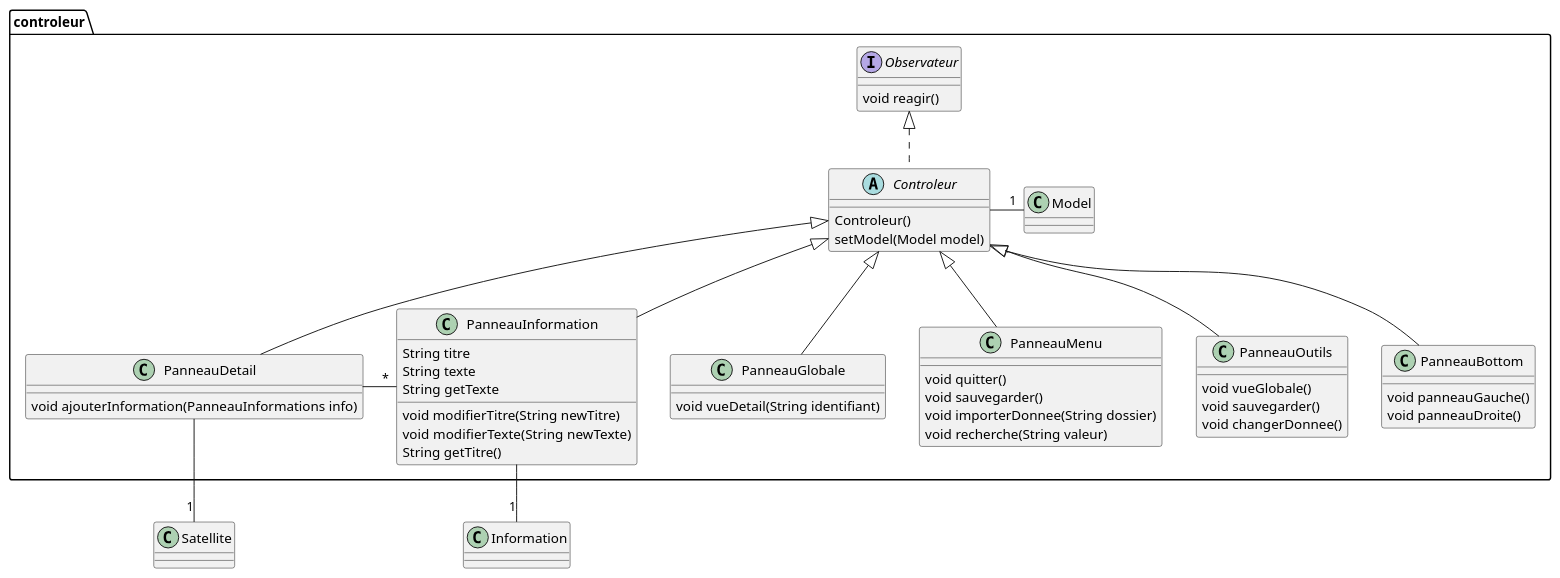
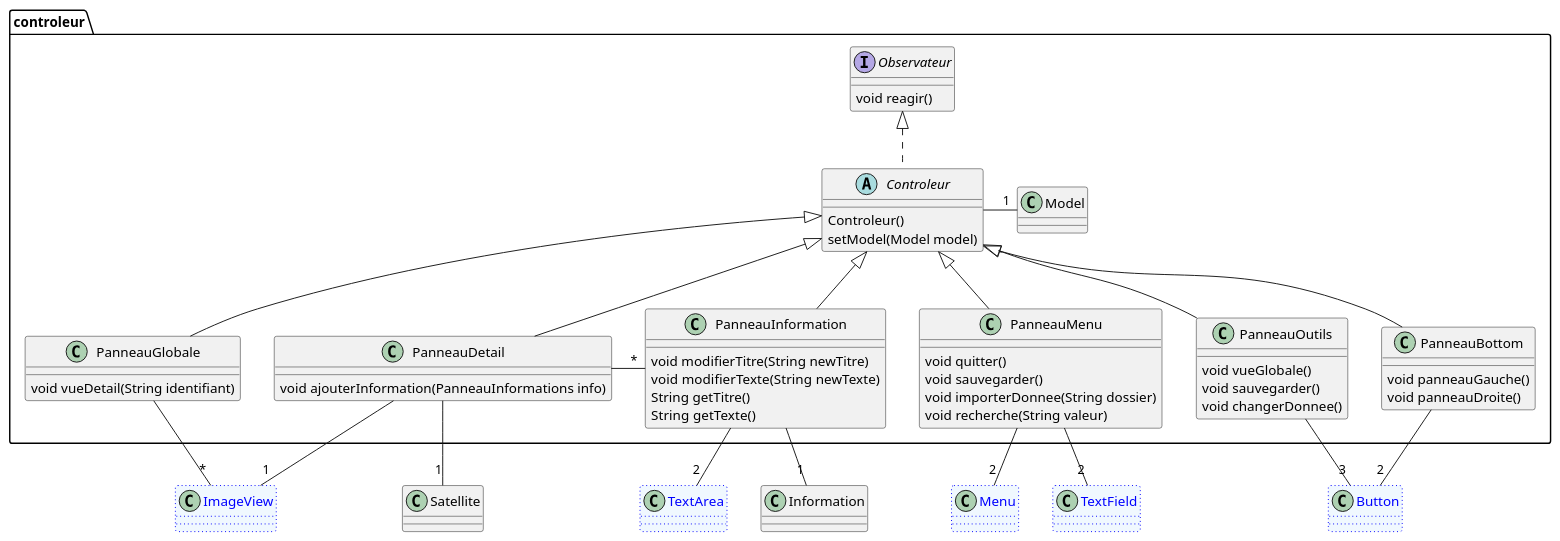
Before and after one commit to BapDiedler/collectionSatellite: the diagram in documentation/diagramme/DiagrammeControleur.puml, drawn with PlantUML. The commit also changed 1 other file, not shown here.

Commit message:
finalisation de diagramme

```diff
--- a/documentation/diagramme/DiagrammeControleur.puml
+++ b/documentation/diagramme/DiagrammeControleur.puml
@@ -1,57 +1,70 @@
 @startuml
 'https://plantuml.com/class-diagram
 
 package controleur{
     abstract Controleur implements Observateur{
         Controleur()
         setModel(Model model)
     }
 
     interface Observateur{
         void reagir()
     }
 
+
     class PanneauGlobale extends Controleur{
         void vueDetail(String identifiant)
     }
 
     class Model
     class PanneauDetail extends Controleur{
         void ajouterInformation(PanneauInformations info)
-    }
-
-    class PanneauInformation extends Controleur{
-        String titre
-        String texte
-        void modifierTitre(String newTitre)
-        void modifierTexte(String newTexte)
-        String getTitre()
-        String getTexte
     }
 
     class PanneauMenu extends Controleur{
         void quitter()
         void sauvegarder()
         void importerDonnee(String dossier)
         void recherche(String valeur)
     }
 
     class PanneauOutils extends Controleur{
         void vueGlobale()
         void sauvegarder()
         void changerDonnee()
     }
 
     class PanneauBottom extends Controleur{
         void panneauGauche()
         void panneauDroite()
     }
+
+
+    class PanneauInformation extends Controleur{
+        void modifierTitre(String newTitre)
+        void modifierTexte(String newTexte)
+        String getTitre()
+        String getTexte()
+    }
 }
 
+class ImageView #aliceblue;line:blue;line.dotted;text:blue
+class TextArea #aliceblue;line:blue;line.dotted;text:blue
+class Menu #aliceblue;line:blue;line.dotted;text:blue
+class Button #aliceblue;line:blue;line.dotted;text:blue
+class TextField #aliceblue;line:blue;line.dotted;text:blue
 
 Model "1"--left Controleur
 PanneauDetail -right-"*" PanneauInformation
 PanneauDetail --"1" Satellite
 PanneauInformation --"1" Information
+PanneauInformation --"2" TextArea
+PanneauDetail --"1" ImageView
+PanneauGlobale -left-"*" ImageView
+PanneauOutils --"3" Button
+PanneauBottom --"2" Button
+PanneauMenu --"2" Menu
+PanneauMenu --"2" TextField
+
 
 @enduml
```
